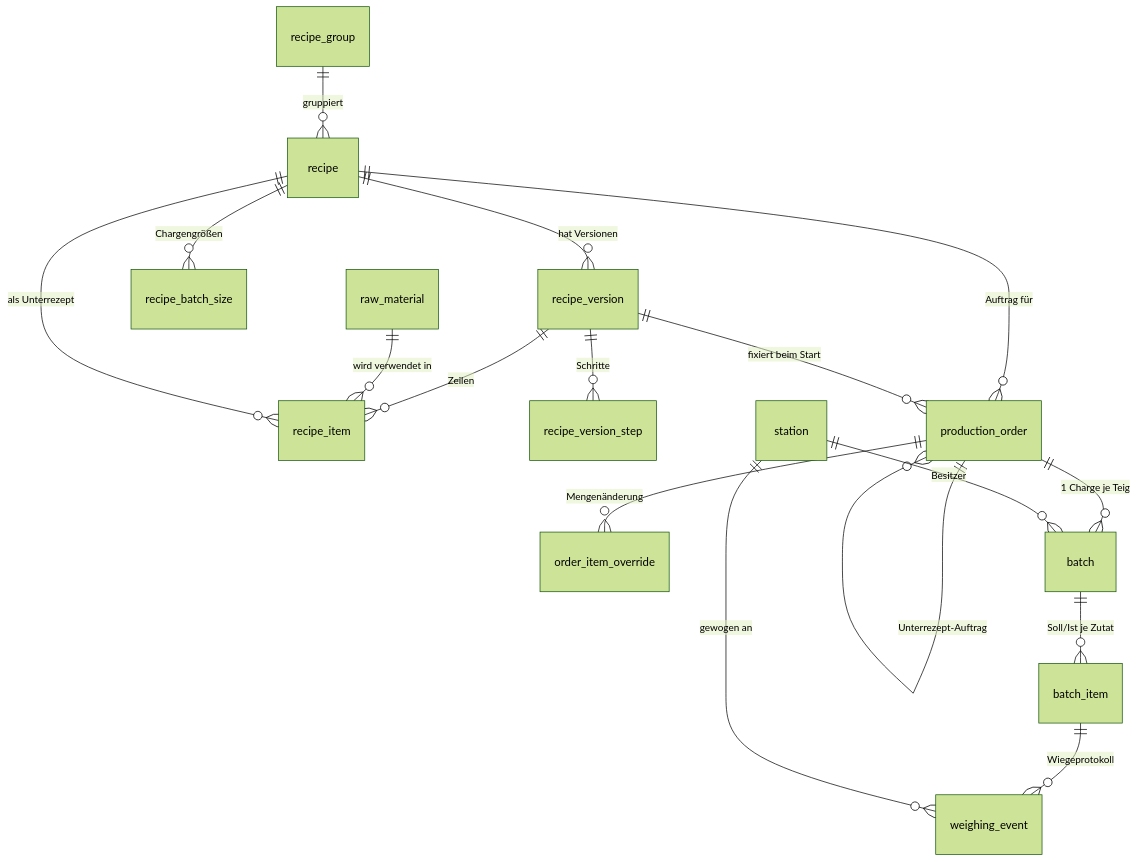
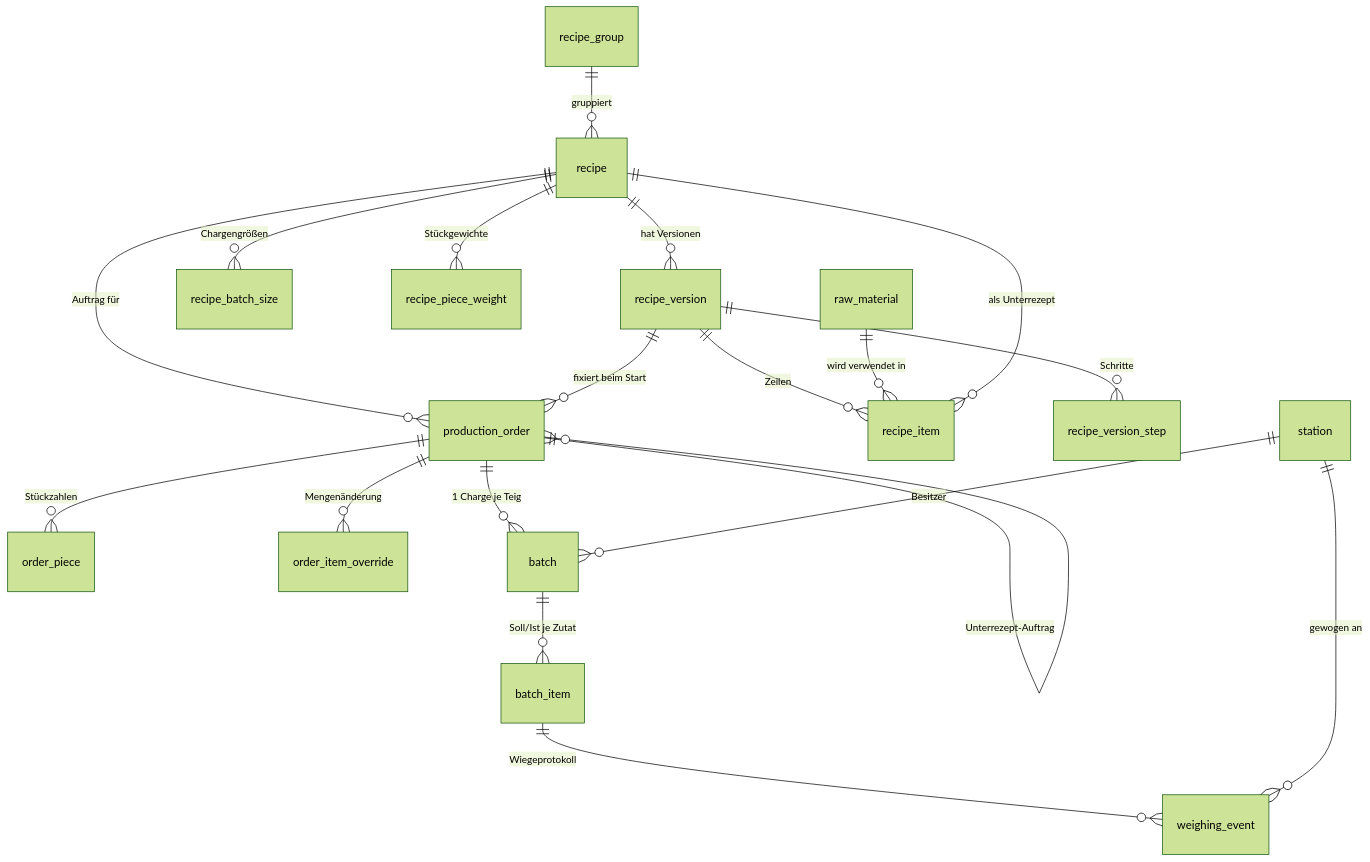
One commit to mrui1987-prog/Ha-rezeptbuch changed the diagram in docs/datenmodell.md. Above: the diagram before and after it, drawn with Mermaid (forest theme). The commit also changed other lines of this file and 6 other files, not shown here.

````diff
--- a/docs/datenmodell.md
+++ b/docs/datenmodell.md
@@ -56,19 +57,21 @@
 ```mermaid
 erDiagram
     recipe_group ||--o{ recipe : gruppiert
     recipe ||--o{ recipe_version : "hat Versionen"
     recipe ||--o{ recipe_batch_size : "Chargengrößen"
+    recipe ||--o{ recipe_piece_weight : "Stückgewichte"
+    production_order ||--o{ order_piece : "Stückzahlen"
     recipe_version ||--o{ recipe_item : "Zeilen"
     recipe_version ||--o{ recipe_version_step : "Schritte"
     raw_material ||--o{ recipe_item : "wird verwendet in"
     recipe ||--o{ recipe_item : "als Unterrezept"
     recipe ||--o{ production_order : "Auftrag für"
     recipe_version ||--o{ production_order : "fixiert beim Start"
     production_order ||--o{ production_order : "Unterrezept-Auftrag"
     production_order ||--o{ order_item_override : "Mengenänderung"
     production_order ||--o{ batch : "1 Charge je Teig"
     batch ||--o{ batch_item : "Soll/Ist je Zutat"
     batch_item ||--o{ weighing_event : "Wiegeprotokoll"
     station ||--o{ batch : "Besitzer"
     station ||--o{ weighing_event : "gewogen an"
 ```
````
